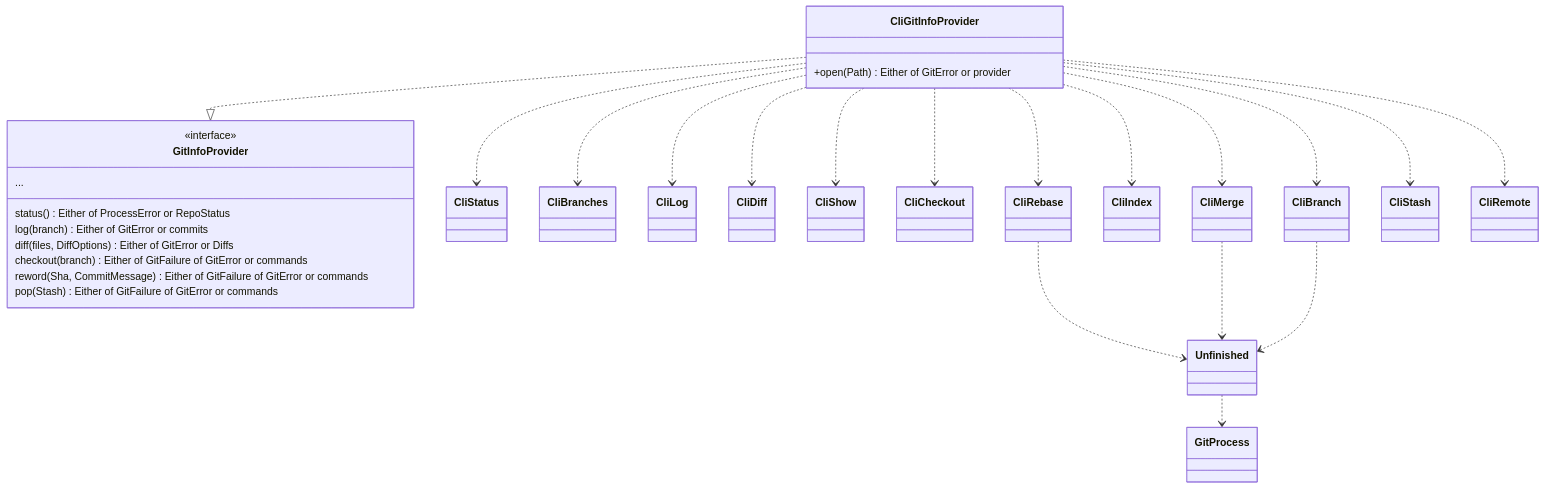
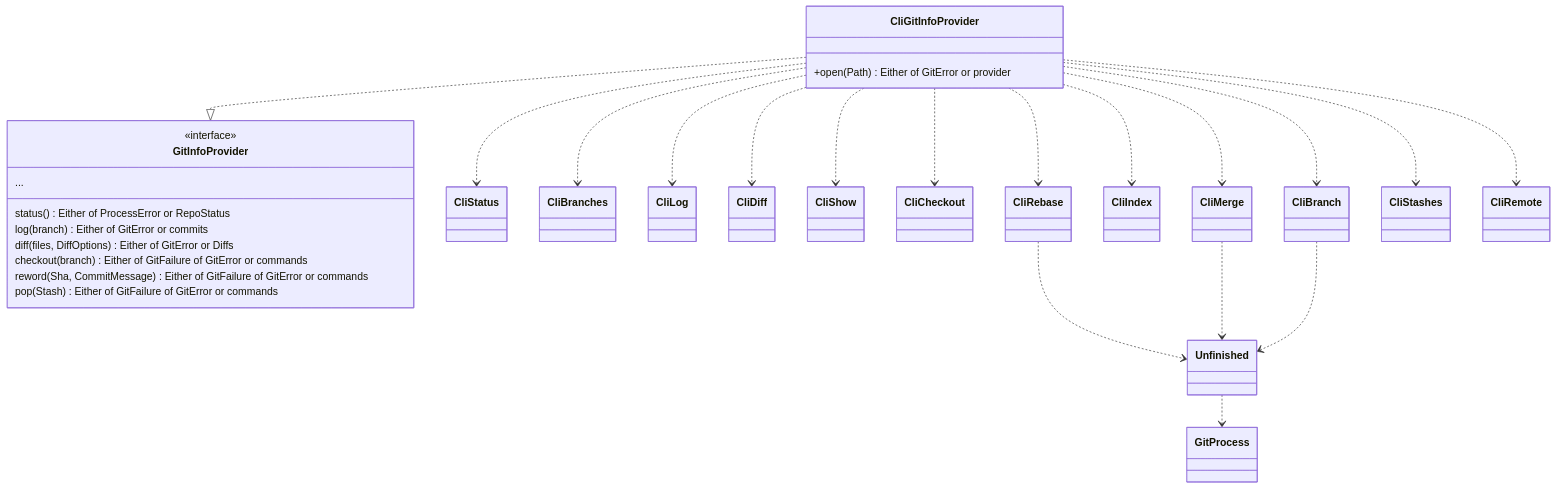
One commit to cvanfleteren/jazygit changed the fourth of 7 diagrams in ARCHITECTURE.md. Above: the diagram before and after it, drawn with Mermaid. The commit also changed other lines of this file, not shown here.

Commit message:
ARCHITECTURE.md names CliStashes

````diff
--- a/ARCHITECTURE.md
+++ b/ARCHITECTURE.md
@@ -832,33 +832,33 @@
 ```mermaid
 classDiagram
     class GitInfoProvider {
         <<interface>>
         status() Either of ProcessError or RepoStatus
         log(branch) Either of GitError or commits
         diff(files, DiffOptions) Either of GitError or Diffs
         checkout(branch) Either of GitFailure of GitError or commands
         reword(Sha, CommitMessage) Either of GitFailure of GitError or commands
         pop(Stash) Either of GitFailure of GitError or commands
         ...
     }
     class CliGitInfoProvider {
         +open(Path) Either of GitError or provider
     }
     CliGitInfoProvider ..|> GitInfoProvider
     CliGitInfoProvider ..> CliStatus
     CliGitInfoProvider ..> CliBranches
     CliGitInfoProvider ..> CliLog
     CliGitInfoProvider ..> CliDiff
     CliGitInfoProvider ..> CliShow
     CliGitInfoProvider ..> CliCheckout
     CliGitInfoProvider ..> CliBranch
     CliGitInfoProvider ..> CliIndex
     CliGitInfoProvider ..> CliMerge
     CliGitInfoProvider ..> CliRebase
-    CliGitInfoProvider ..> CliStash
+    CliGitInfoProvider ..> CliStashes
     CliGitInfoProvider ..> CliRemote
     CliRebase ..> Unfinished
     CliMerge ..> Unfinished
     CliBranch ..> Unfinished
     Unfinished ..> GitProcess
 ```
````
